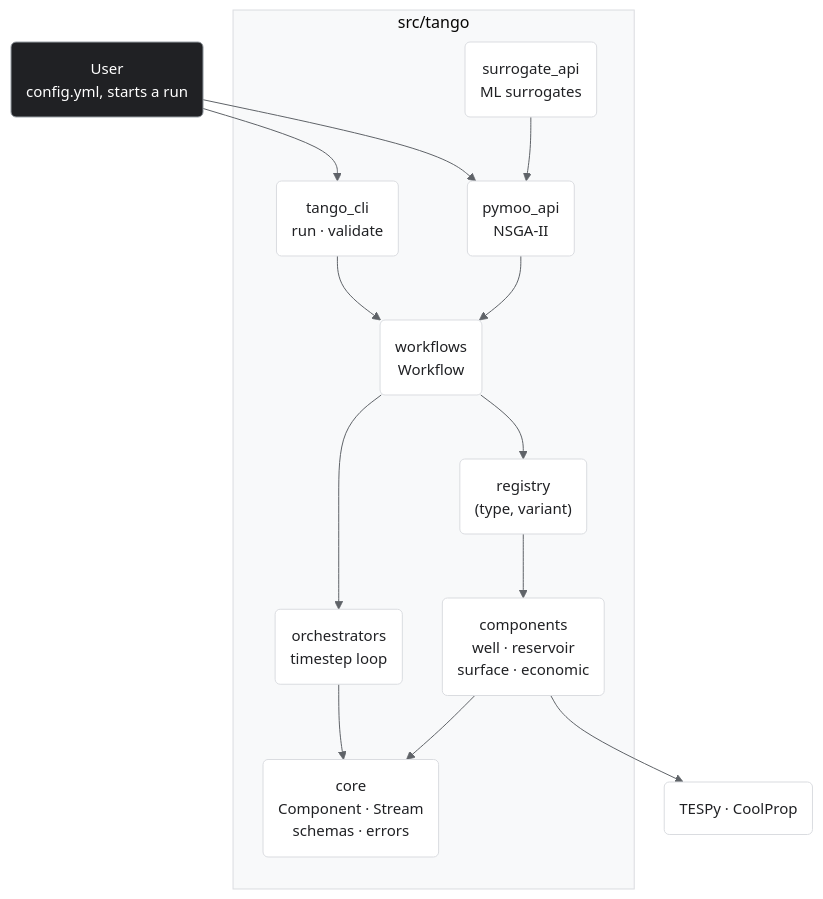
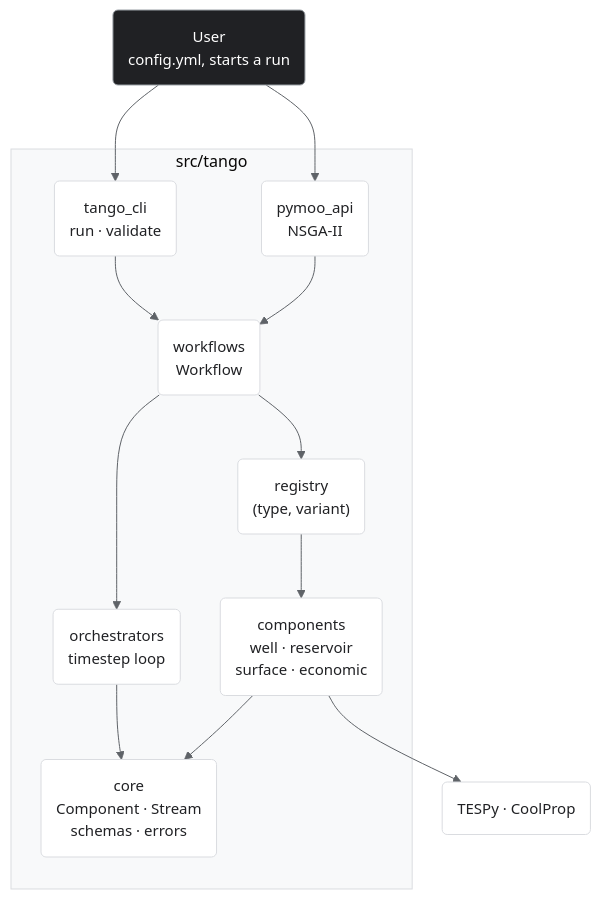
One commit to GEG-ETHZ/TANGO-core changed the diagram in docs/architecture/index.md. Above: the diagram before and after it, drawn with Mermaid. The commit also changed other lines of this file and 13 other files, not shown here.

````diff
--- a/docs/architecture/index.md
+++ b/docs/architecture/index.md
@@ -7,43 +7,41 @@
 ```mermaid
 %%{init: {"theme":"base","themeVariables":{"primaryColor":"#FFFFFF","primaryTextColor":"#202124","primaryBorderColor":"#DADCE0","lineColor":"#5F6368","secondaryColor":"#F8F9FA","tertiaryColor":"#F8F9FA","clusterBkg":"#F8F9FA","clusterBorder":"#DADCE0","edgeLabelBackground":"#FFFFFF"},"flowchart":{"curve":"basis","nodeSpacing":40,"rankSpacing":64,"useMaxWidth":true}} }%%
 flowchart TB
   user("User<br/>config.yml, starts a run")
   subgraph pkg ["src/tango"]
     cli("tango_cli<br/>run · validate")
     pymoo("pymoo_api<br/>NSGA-II")
-    surr("surrogate_api<br/>ML surrogates")
     wf("workflows<br/>Workflow")
     orchs("orchestrators<br/>timestep loop")
     reg("registry<br/>(type, variant)")
     comps("components<br/>well · reservoir<br/>surface · economic")
     core("core<br/>Component · Stream<br/>schemas · errors")
   end
   ext("TESPy · CoolProp")
 
   user --> cli
   user --> pymoo
-  surr --> pymoo
   cli --> wf
   pymoo --> wf
   wf --> orchs
   wf --> reg
   reg --> comps
   orchs --> core
   comps --> core
   comps --> ext
 
   class cli,wf,orchs code
-  class pymoo,surr code
+  class pymoo code
   class reg,comps code
   class core code
   class ext code
   class user human
   classDef well  fill:#F3EDF9,stroke:#7D4FB0,color:#7D4FB0,font-size:15px
   classDef res   fill:#FBEAE7,stroke:#D2402C,color:#D2402C,font-size:15px
   classDef surf  fill:#E8F0FA,stroke:#2F6FBF,color:#2F6FBF,font-size:15px
   classDef econ  fill:#E0F2F1,stroke:#007B83,color:#007B83,font-size:15px
   classDef code  fill:#FFFFFF,stroke:#DADCE0,color:#202124,font-size:15px
   classDef err   fill:#FCE8E6,stroke:#D93025,color:#D93025,font-size:15px
   classDef out   fill:#FFFFFF,stroke:#9AA0A6,color:#5F6368,stroke-dasharray:4 3,font-size:15px
   classDef human fill:#202124,stroke:#9AA0A6,color:#FFFFFF,font-size:15px
 ```
````
